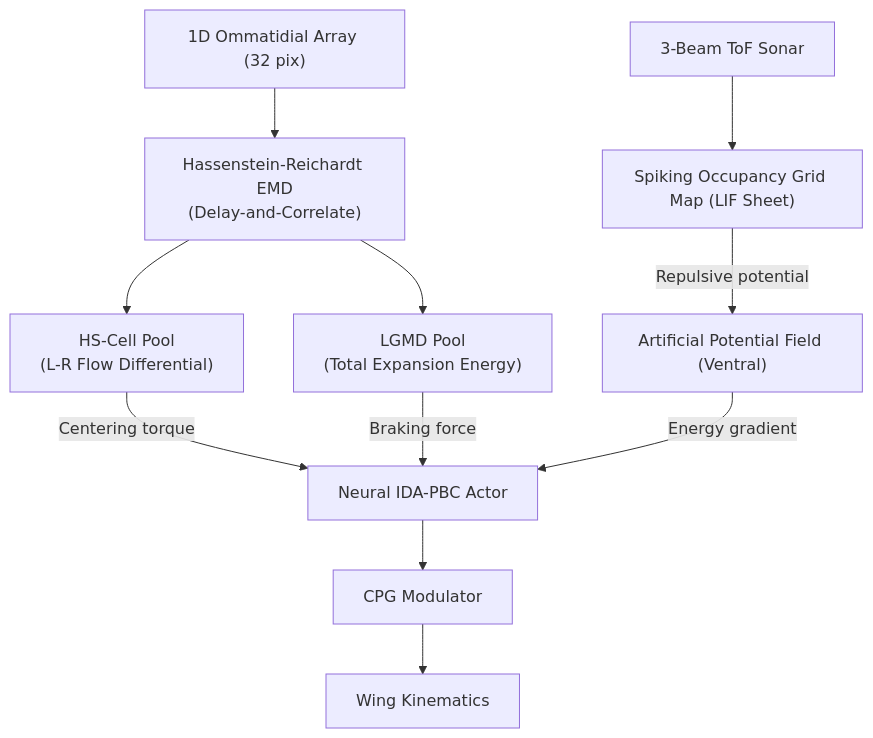
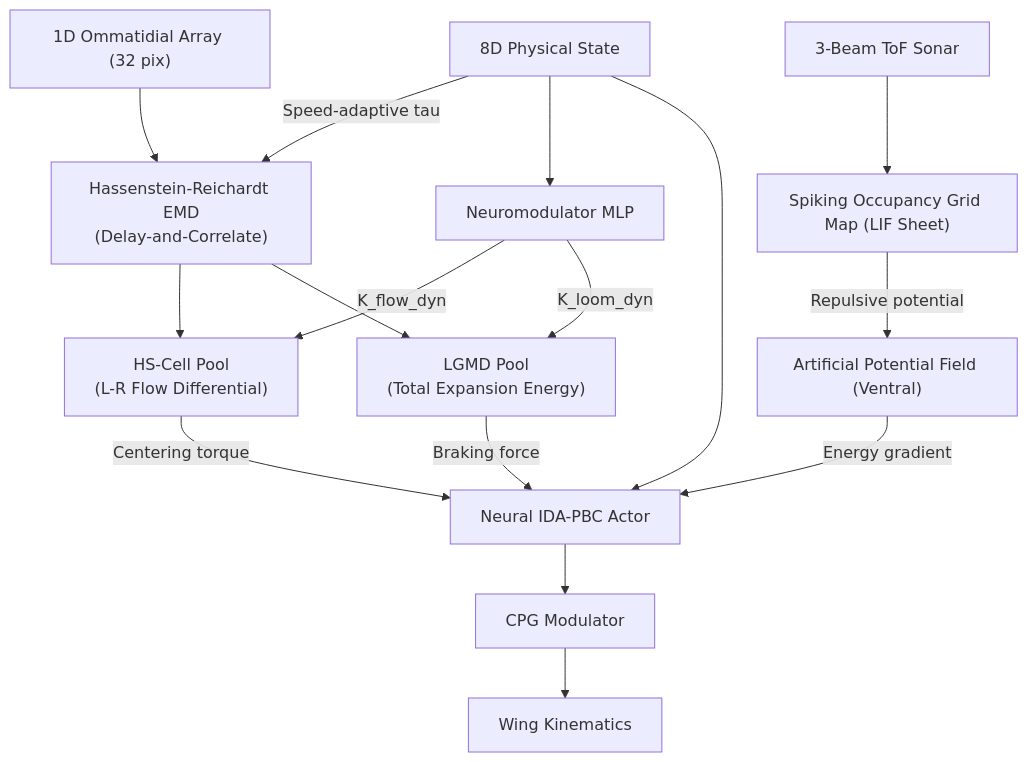
Before and after one commit to lhooz/embodied_hornet: the diagram in README.md, drawn with Mermaid. The commit also changed other lines of this file, not shown here.

Commit message:
docs: update README.md to describe neuromodulated EMD gains and speed adaptation

````diff
--- a/README.md
+++ b/README.md
@@ -147,16 +149,23 @@
 ```mermaid
 graph TD
     EventCam["1D Ommatidial Array (32 pix)"] --> Reichardt["Hassenstein-Reichardt EMD<br/>(Delay-and-Correlate)"]
     ToF["3-Beam ToF Sonar"] --> SOG["Spiking Occupancy Grid Map (LIF Sheet)"]
     
+    State["8D Physical State"] -->|Speed-adaptive tau| Reichardt
+    State --> Neuromod["Neuromodulator MLP"]
+    State --> IDAPBC["Neural IDA-PBC Actor"]
+    
     Reichardt --> HS["HS-Cell Pool<br/>(L-R Flow Differential)"]
     Reichardt --> LGMD["LGMD Pool<br/>(Total Expansion Energy)"]
     
-    HS -->|Centering torque| IDAPBC["Neural IDA-PBC Actor"]
+    Neuromod -->|K_flow_dyn| HS
+    Neuromod -->|K_loom_dyn| LGMD
+    
+    HS -->|Centering torque| IDAPBC
     LGMD -->|Braking force| IDAPBC
     SOG -->|Repulsive potential| APF["Artificial Potential Field (Ventral)"]
     APF -->|Energy gradient| IDAPBC
     
     IDAPBC --> CPG["CPG Modulator"]
     CPG --> Kinematics["Wing Kinematics"]
 ```
````
